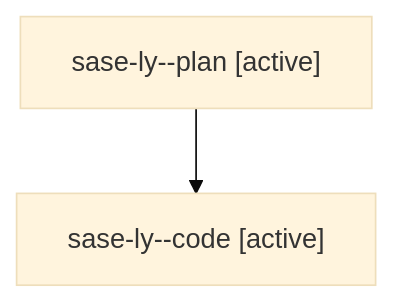
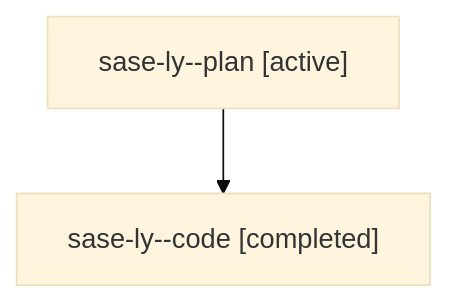
The diagram in families/bbugyi200.athena.sase-ly.md (sase-org/sase--agents), drawn with Mermaid (base theme) before and after one commit. The commit also changed other lines of this file and 35830 other files, not shown here.

````diff
--- a/families/bbugyi200.athena.sase-ly.md
+++ b/families/bbugyi200.athena.sase-ly.md
@@ -9,6 +9,6 @@
 ```mermaid
 flowchart TD
   n0["sase-ly--plan [active]"]
-  n1["sase-ly--code [active]"]
+  n1["sase-ly--code [completed]"]
   n0 --> n1
 ```
````
